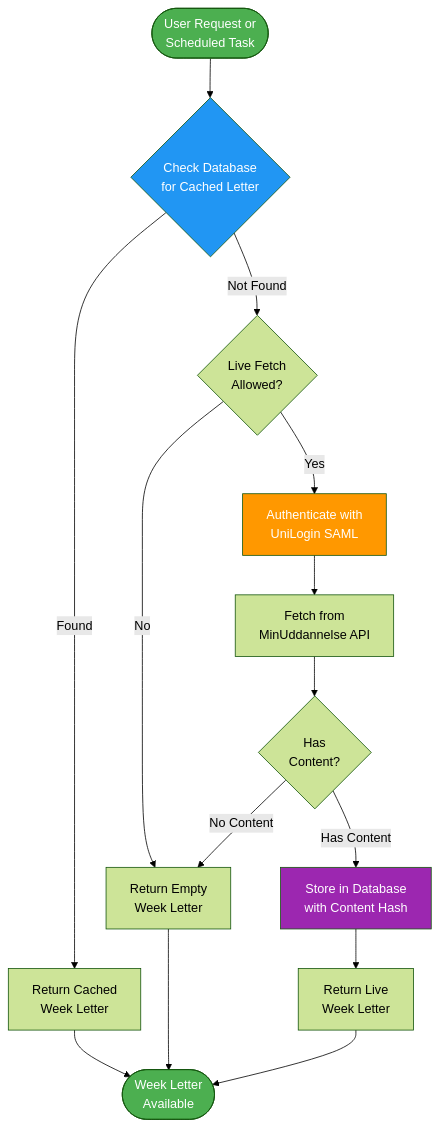
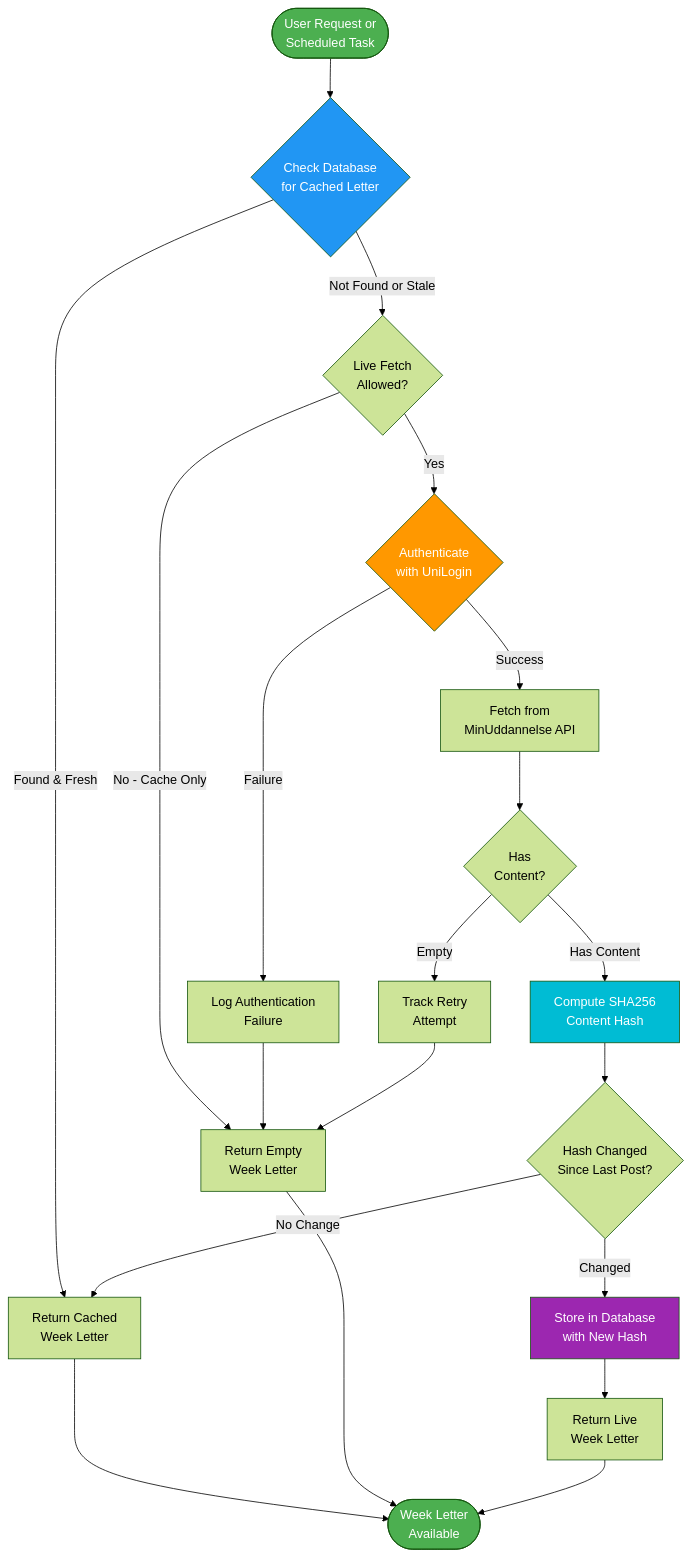
Before and after one commit to Hoejsgaard/aula: the eighth of 10 diagrams in doc/ARCHITECTURE.md, drawn with Mermaid (forest theme). The commit also changed other lines of this file and 5 other files, not shown here.

````diff
--- a/doc/ARCHITECTURE.md
+++ b/doc/ARCHITECTURE.md
@@ -243,31 +513,42 @@
 ```mermaid
 flowchart TD
     START([User Request or<br/>Scheduled Task])
 
     START --> CHECK_DB{Check Database<br/>for Cached Letter}
 
-    CHECK_DB -->|Found| RETURN_CACHED[Return Cached<br/>Week Letter]
-    CHECK_DB -->|Not Found| CHECK_LIVE{Live Fetch<br/>Allowed?}
+    CHECK_DB -->|Found & Fresh| RETURN_CACHED[Return Cached<br/>Week Letter]
+    CHECK_DB -->|Not Found or Stale| CHECK_LIVE{Live Fetch<br/>Allowed?}
 
-    CHECK_LIVE -->|No| RETURN_EMPTY[Return Empty<br/>Week Letter]
-    CHECK_LIVE -->|Yes| AUTH[Authenticate with<br/>UniLogin SAML]
+    CHECK_LIVE -->|No - Cache Only| RETURN_EMPTY[Return Empty<br/>Week Letter]
+    CHECK_LIVE -->|Yes| AUTH{Authenticate<br/>with UniLogin}
 
-    AUTH --> FETCH[Fetch from<br/>MinUddannelse API]
+    AUTH -->|Failure| LOG_AUTH_ERROR[Log Authentication<br/>Failure]
+    AUTH -->|Success| FETCH[Fetch from<br/>MinUddannelse API]
+
+    LOG_AUTH_ERROR --> RETURN_EMPTY
 
     FETCH --> VALIDATE{Has<br/>Content?}
 
-    VALIDATE -->|No Content| RETURN_EMPTY
-    VALIDATE -->|Has Content| STORE[Store in Database<br/>with Content Hash]
+    VALIDATE -->|Empty| TRACK_RETRY[Track Retry<br/>Attempt]
+    VALIDATE -->|Has Content| COMPUTE_HASH[Compute SHA256<br/>Content Hash]
+
+    TRACK_RETRY --> RETURN_EMPTY
+
+    COMPUTE_HASH --> COMPARE{Hash Changed<br/>Since Last Post?}
+
+    COMPARE -->|No Change| RETURN_CACHED
+    COMPARE -->|Changed| STORE[Store in Database<br/>with New Hash]
 
     STORE --> RETURN_LIVE[Return Live<br/>Week Letter]
 
     RETURN_CACHED --> END([Week Letter<br/>Available])
     RETURN_EMPTY --> END
     RETURN_LIVE --> END
 
     style START fill:#4CAF50,color:#fff
     style END fill:#4CAF50,color:#fff
     style CHECK_DB fill:#2196F3,color:#fff
     style AUTH fill:#FF9800,color:#fff
     style STORE fill:#9C27B0,color:#fff
+    style COMPUTE_HASH fill:#00BCD4,color:#fff
 ```
````
